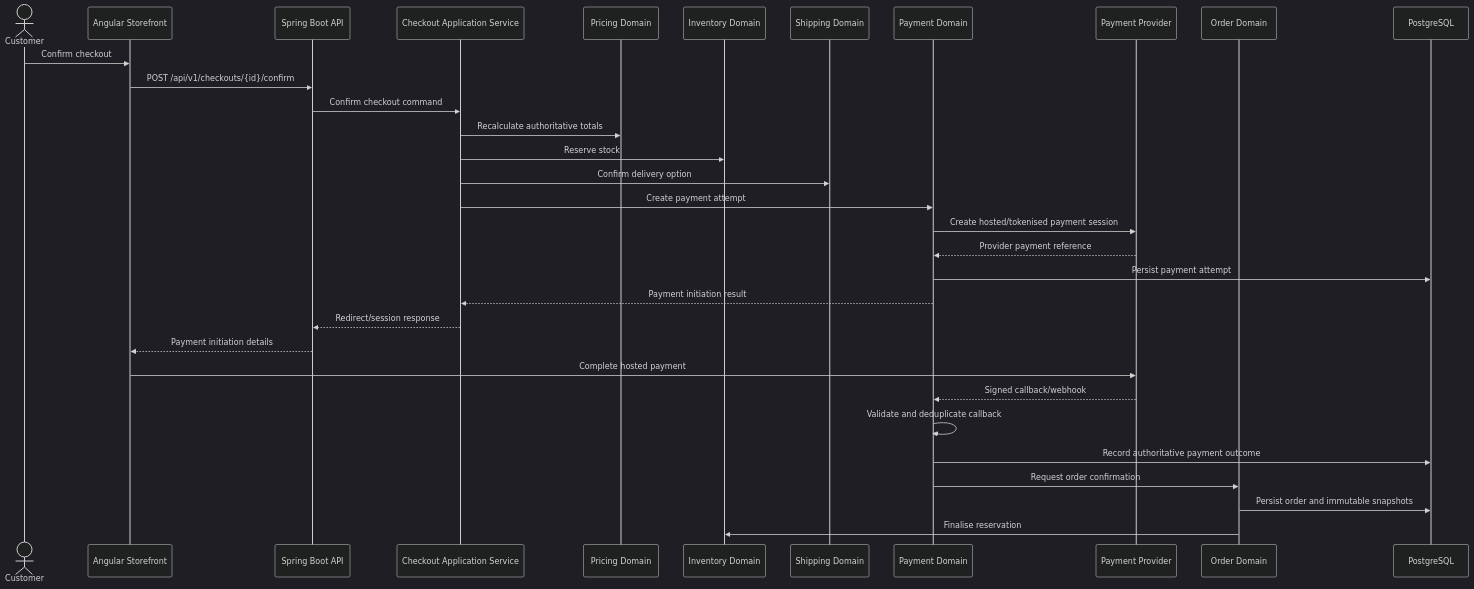
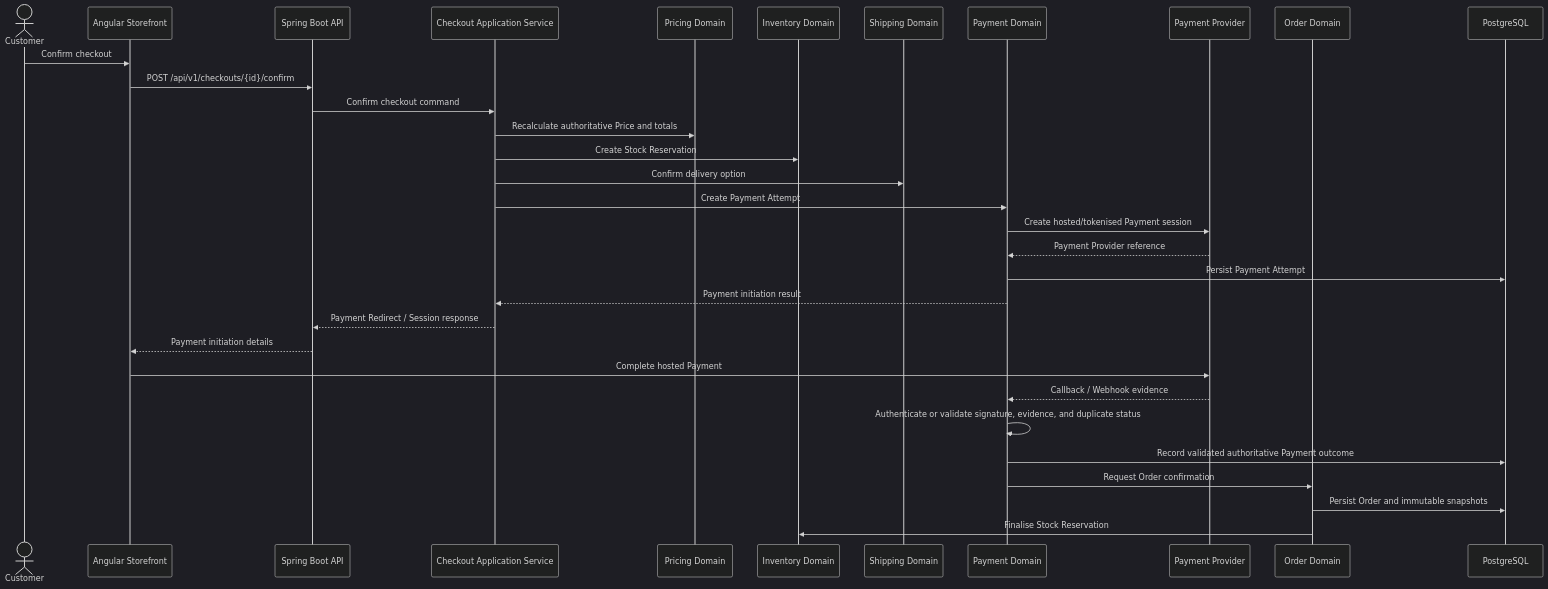
The third of 6 diagrams in enterprise-fashion-ecommerce/.ai/core/ARCHITECTURE.md (awesomehesman/eCom-Online-Store), drawn with Mermaid (dark theme) before and after one commit. The commit also changed other lines of this file, not shown here.

Commit message:
docs(ai): align architecture after core audit

````diff
--- a/enterprise-fashion-ecommerce/.ai/core/ARCHITECTURE.md
+++ b/enterprise-fashion-ecommerce/.ai/core/ARCHITECTURE.md
@@ -827,35 +829,35 @@
 ```mermaid
 sequenceDiagram
     actor Customer
     participant Web as Angular Storefront
     participant API as Spring Boot API
     participant Checkout as Checkout Application Service
     participant Pricing as Pricing Domain
     participant Inventory as Inventory Domain
     participant Shipping as Shipping Domain
     participant Payment as Payment Domain
     participant Provider as Payment Provider
     participant Order as Order Domain
     participant DB as PostgreSQL
 
     Customer->>Web: Confirm checkout
     Web->>API: POST /api/v1/checkouts/{id}/confirm
     API->>Checkout: Confirm checkout command
-    Checkout->>Pricing: Recalculate authoritative totals
-    Checkout->>Inventory: Reserve stock
+    Checkout->>Pricing: Recalculate authoritative Price and totals
+    Checkout->>Inventory: Create Stock Reservation
     Checkout->>Shipping: Confirm delivery option
-    Checkout->>Payment: Create payment attempt
-    Payment->>Provider: Create hosted/tokenised payment session
-    Provider-->>Payment: Provider payment reference
-    Payment->>DB: Persist payment attempt
+    Checkout->>Payment: Create Payment Attempt
+    Payment->>Provider: Create hosted/tokenised Payment session
+    Provider-->>Payment: Payment Provider reference
+    Payment->>DB: Persist Payment Attempt
     Payment-->>Checkout: Payment initiation result
-    Checkout-->>API: Redirect/session response
+    Checkout-->>API: Payment Redirect / Session response
     API-->>Web: Payment initiation details
-    Web->>Provider: Complete hosted payment
-    Provider-->>Payment: Signed callback/webhook
-    Payment->>Payment: Validate and deduplicate callback
-    Payment->>DB: Record authoritative payment outcome
-    Payment->>Order: Request order confirmation
-    Order->>DB: Persist order and immutable snapshots
-    Order->>Inventory: Finalise reservation
+    Web->>Provider: Complete hosted Payment
+    Provider-->>Payment: Callback / Webhook evidence
+    Payment->>Payment: Authenticate or validate signature, evidence, and duplicate status
+    Payment->>DB: Record validated authoritative Payment outcome
+    Payment->>Order: Request Order confirmation
+    Order->>DB: Persist Order and immutable snapshots
+    Order->>Inventory: Finalise Stock Reservation
 ```
````
